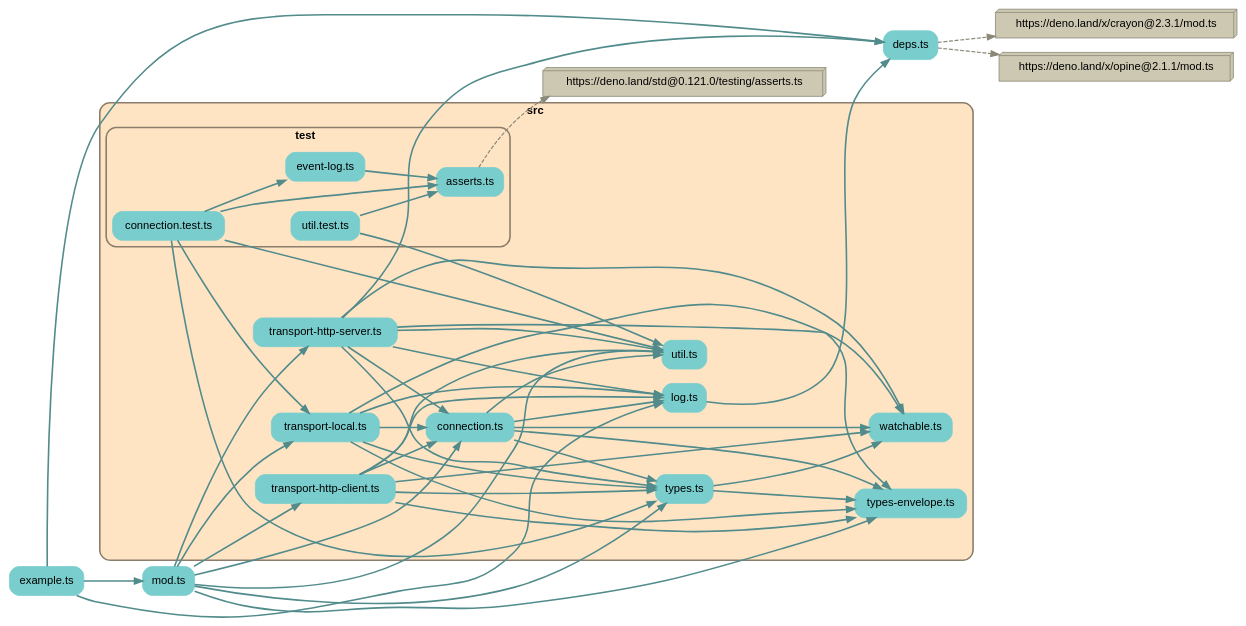
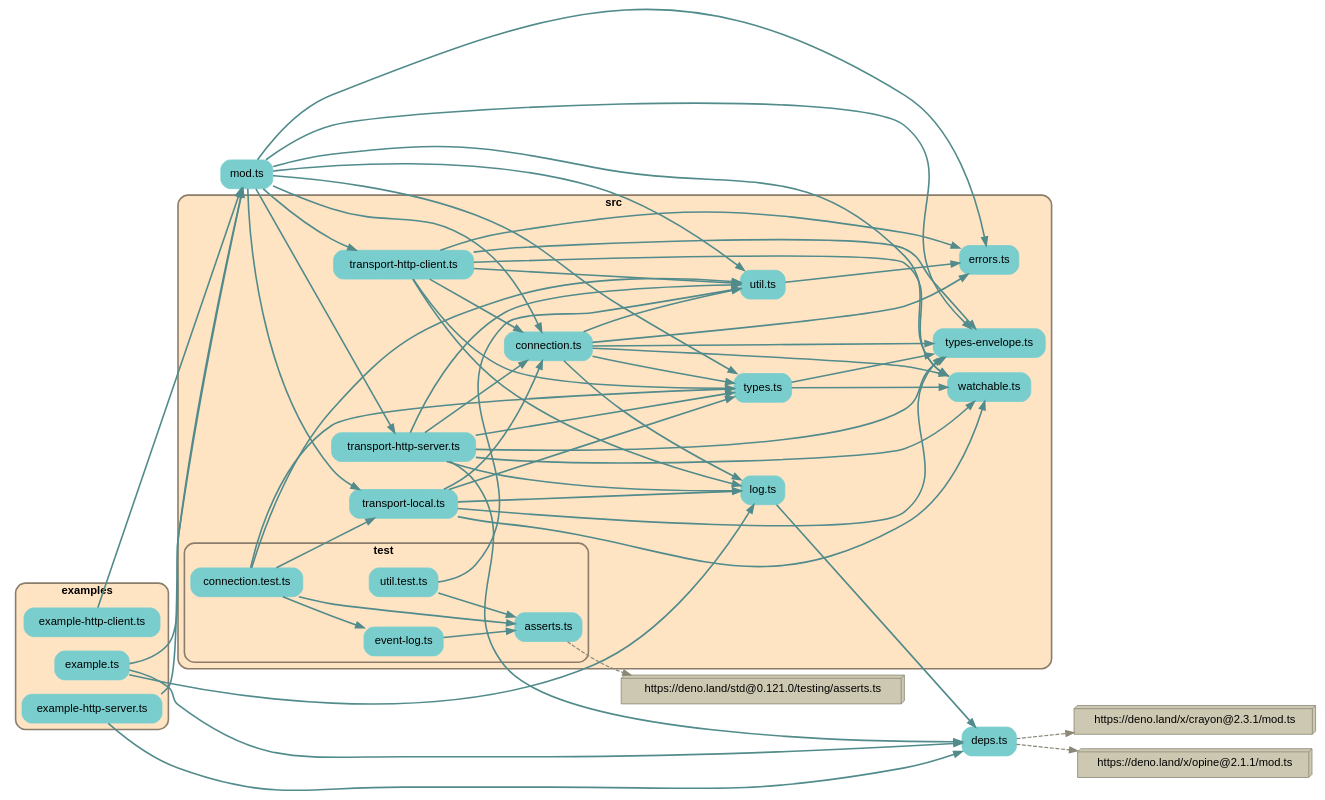
Before and after one commit to earthstar-project/earthstar-streaming-rpc: the diagram in depchart/depchart-full.dot, drawn with Graphviz. The commit also changed 5 other files, not shown here.

```diff
--- a/depchart/depchart-full.dot
+++ b/depchart/depchart-full.dot
@@ -1,105 +1,125 @@
 
 digraph G {
     //splines=line;
     //splines=polyline;
     splines=true;
     rankdir=LR;
     //newrank=true;
     compound=true;
     graph [fontname = "helvetica"];  // dpi=72
     node [fontname = "helvetica"];
     edge [fontname = "helvetica"];
     
     // files in their folder clusters
         "deps.ts" [label="deps.ts", shape=rectangle; style="rounded,filled"; color=darkslategray3];
-        "example.ts" [label="example.ts", shape=rectangle; style="rounded,filled"; color=darkslategray3];
         "mod.ts" [label="mod.ts", shape=rectangle; style="rounded,filled"; color=darkslategray3];
 
-        subgraph cluster82301750 {
+        subgraph cluster816164315 {
+            label=<<b>examples</b>>;
+            style="rounded,filled";
+            fillcolor=bisque;
+            color=bisque4;
+            penwidth=2;
+                    
+            "examples/example-http-client.ts" [label="example-http-client.ts", shape=rectangle; style="rounded,filled"; color=darkslategray3];
+            "examples/example-http-server.ts" [label="example-http-server.ts", shape=rectangle; style="rounded,filled"; color=darkslategray3];
+            "examples/example.ts" [label="example.ts", shape=rectangle; style="rounded,filled"; color=darkslategray3];
+        }
+
+        subgraph cluster8707387619 {
             label=<<b>src</b>>;
             style="rounded,filled";
             fillcolor=bisque;
             color=bisque4;
             penwidth=2;
                     
             "src/connection.ts" [label="connection.ts", shape=rectangle; style="rounded,filled"; color=darkslategray3];
+            "src/errors.ts" [label="errors.ts", shape=rectangle; style="rounded,filled"; color=darkslategray3];
             "src/log.ts" [label="log.ts", shape=rectangle; style="rounded,filled"; color=darkslategray3];
             "src/transport-http-client.ts" [label="transport-http-client.ts", shape=rectangle; style="rounded,filled"; color=darkslategray3];
             "src/transport-http-server.ts" [label="transport-http-server.ts", shape=rectangle; style="rounded,filled"; color=darkslategray3];
             "src/transport-local.ts" [label="transport-local.ts", shape=rectangle; style="rounded,filled"; color=darkslategray3];
             "src/types-envelope.ts" [label="types-envelope.ts", shape=rectangle; style="rounded,filled"; color=darkslategray3];
             "src/types.ts" [label="types.ts", shape=rectangle; style="rounded,filled"; color=darkslategray3];
             "src/util.ts" [label="util.ts", shape=rectangle; style="rounded,filled"; color=darkslategray3];
             "src/watchable.ts" [label="watchable.ts", shape=rectangle; style="rounded,filled"; color=darkslategray3];
     
-            subgraph cluster9969856700 {
+            subgraph cluster2588540949 {
                 label=<<b>test</b>>;
                 style="rounded,filled";
                 fillcolor=bisque;
                 color=bisque4;
                 penwidth=2;
                         
                 "src/test/asserts.ts" [label="asserts.ts", shape=rectangle; style="rounded,filled"; color=darkslategray3];
                 "src/test/connection.test.ts" [label="connection.test.ts", shape=rectangle; style="rounded,filled"; color=darkslategray3];
                 "src/test/event-log.ts" [label="event-log.ts", shape=rectangle; style="rounded,filled"; color=darkslategray3];
                 "src/test/util.test.ts" [label="util.test.ts", shape=rectangle; style="rounded,filled"; color=darkslategray3];
             }
         }
 
     // packages not in their own cluster
         "https://deno.land/x/crayon@2.3.1/mod.ts" [shape=box3d, style=filled, fillcolor=cornsilk3, color=cornsilk4];
         "https://deno.land/x/opine@2.1.1/mod.ts" [shape=box3d, style=filled, fillcolor=cornsilk3, color=cornsilk4];
         "https://deno.land/std@0.121.0/testing/asserts.ts" [shape=box3d, style=filled, fillcolor=cornsilk3, color=cornsilk4];
 
     // edges between files
-    "example.ts" -> "mod.ts" [penwidth=2; color=darkslategray4];
-    "example.ts" -> "src/log.ts" [penwidth=2; color=darkslategray4];
-    "example.ts" -> "deps.ts" [penwidth=2; color=darkslategray4];
-    "mod.ts" -> "src/types-envelope.ts" [penwidth=2; color=darkslategray4];
-    "mod.ts" -> "src/types.ts" [penwidth=2; color=darkslategray4];
+    "examples/example-http-client.ts" -> "mod.ts" [penwidth=2; color=darkslategray4];
+    "examples/example-http-server.ts" -> "mod.ts" [penwidth=2; color=darkslategray4];
+    "examples/example-http-server.ts" -> "deps.ts" [penwidth=2; color=darkslategray4];
+    "examples/example.ts" -> "mod.ts" [penwidth=2; color=darkslategray4];
+    "examples/example.ts" -> "src/log.ts" [penwidth=2; color=darkslategray4];
+    "examples/example.ts" -> "deps.ts" [penwidth=2; color=darkslategray4];
     "mod.ts" -> "src/connection.ts" [penwidth=2; color=darkslategray4];
+    "mod.ts" -> "src/errors.ts" [penwidth=2; color=darkslategray4];
     "mod.ts" -> "src/transport-http-client.ts" [penwidth=2; color=darkslategray4];
     "mod.ts" -> "src/transport-http-server.ts" [penwidth=2; color=darkslategray4];
     "mod.ts" -> "src/transport-local.ts" [penwidth=2; color=darkslategray4];
+    "mod.ts" -> "src/types-envelope.ts" [penwidth=2; color=darkslategray4];
+    "mod.ts" -> "src/types.ts" [penwidth=2; color=darkslategray4];
     "mod.ts" -> "src/util.ts" [penwidth=2; color=darkslategray4];
+    "mod.ts" -> "src/watchable.ts" [penwidth=2; color=darkslategray4];
+    "src/connection.ts" -> "src/errors.ts" [penwidth=2; color=darkslategray4];
     "src/connection.ts" -> "src/types.ts" [penwidth=2; color=darkslategray4];
     "src/connection.ts" -> "src/types-envelope.ts" [penwidth=2; color=darkslategray4];
     "src/connection.ts" -> "src/watchable.ts" [penwidth=2; color=darkslategray4];
     "src/connection.ts" -> "src/util.ts" [penwidth=2; color=darkslategray4];
     "src/connection.ts" -> "src/log.ts" [penwidth=2; color=darkslategray4];
     "src/log.ts" -> "deps.ts" [penwidth=2; color=darkslategray4];
     "src/test/connection.test.ts" -> "src/test/asserts.ts" [penwidth=2; color=darkslategray4];
     "src/test/connection.test.ts" -> "src/types.ts" [penwidth=2; color=darkslategray4];
     "src/test/connection.test.ts" -> "src/transport-local.ts" [penwidth=2; color=darkslategray4];
     "src/test/connection.test.ts" -> "src/util.ts" [penwidth=2; color=darkslategray4];
     "src/test/connection.test.ts" -> "src/test/event-log.ts" [penwidth=2; color=darkslategray4];
     "src/test/event-log.ts" -> "src/test/asserts.ts" [penwidth=2; color=darkslategray4];
     "src/test/util.test.ts" -> "src/test/asserts.ts" [penwidth=2; color=darkslategray4];
     "src/test/util.test.ts" -> "src/util.ts" [penwidth=2; color=darkslategray4];
+    "src/transport-http-client.ts" -> "src/errors.ts" [penwidth=2; color=darkslategray4];
     "src/transport-http-client.ts" -> "src/types.ts" [penwidth=2; color=darkslategray4];
     "src/transport-http-client.ts" -> "src/types-envelope.ts" [penwidth=2; color=darkslategray4];
     "src/transport-http-client.ts" -> "src/watchable.ts" [penwidth=2; color=darkslategray4];
     "src/transport-http-client.ts" -> "src/util.ts" [penwidth=2; color=darkslategray4];
     "src/transport-http-client.ts" -> "src/connection.ts" [penwidth=2; color=darkslategray4];
     "src/transport-http-client.ts" -> "src/log.ts" [penwidth=2; color=darkslategray4];
     "src/transport-http-server.ts" -> "src/types.ts" [penwidth=2; color=darkslategray4];
     "src/transport-http-server.ts" -> "src/types-envelope.ts" [penwidth=2; color=darkslategray4];
     "src/transport-http-server.ts" -> "src/util.ts" [penwidth=2; color=darkslategray4];
     "src/transport-http-server.ts" -> "src/watchable.ts" [penwidth=2; color=darkslategray4];
     "src/transport-http-server.ts" -> "src/connection.ts" [penwidth=2; color=darkslategray4];
     "src/transport-http-server.ts" -> "src/log.ts" [penwidth=2; color=darkslategray4];
     "src/transport-http-server.ts" -> "deps.ts" [penwidth=2; color=darkslategray4];
     "src/transport-local.ts" -> "src/types.ts" [penwidth=2; color=darkslategray4];
     "src/transport-local.ts" -> "src/types-envelope.ts" [penwidth=2; color=darkslategray4];
     "src/transport-local.ts" -> "src/watchable.ts" [penwidth=2; color=darkslategray4];
     "src/transport-local.ts" -> "src/connection.ts" [penwidth=2; color=darkslategray4];
     "src/transport-local.ts" -> "src/log.ts" [penwidth=2; color=darkslategray4];
     "src/types.ts" -> "src/types-envelope.ts" [penwidth=2; color=darkslategray4];
     "src/types.ts" -> "src/watchable.ts" [penwidth=2; color=darkslategray4];
+    "src/util.ts" -> "src/errors.ts" [penwidth=2; color=darkslategray4];
 
     // edges from files to packages
     "deps.ts" -> "https://deno.land/x/crayon@2.3.1/mod.ts" [penwidth=1.5; style=dashed, color=cornsilk4, weight=1];
     "deps.ts" -> "https://deno.land/x/opine@2.1.1/mod.ts" [penwidth=1.5; style=dashed, color=cornsilk4, weight=1];
     "src/test/asserts.ts" -> "https://deno.land/std@0.121.0/testing/asserts.ts" [penwidth=1.5; style=dashed, color=cornsilk4, weight=1];
 
 }
```
